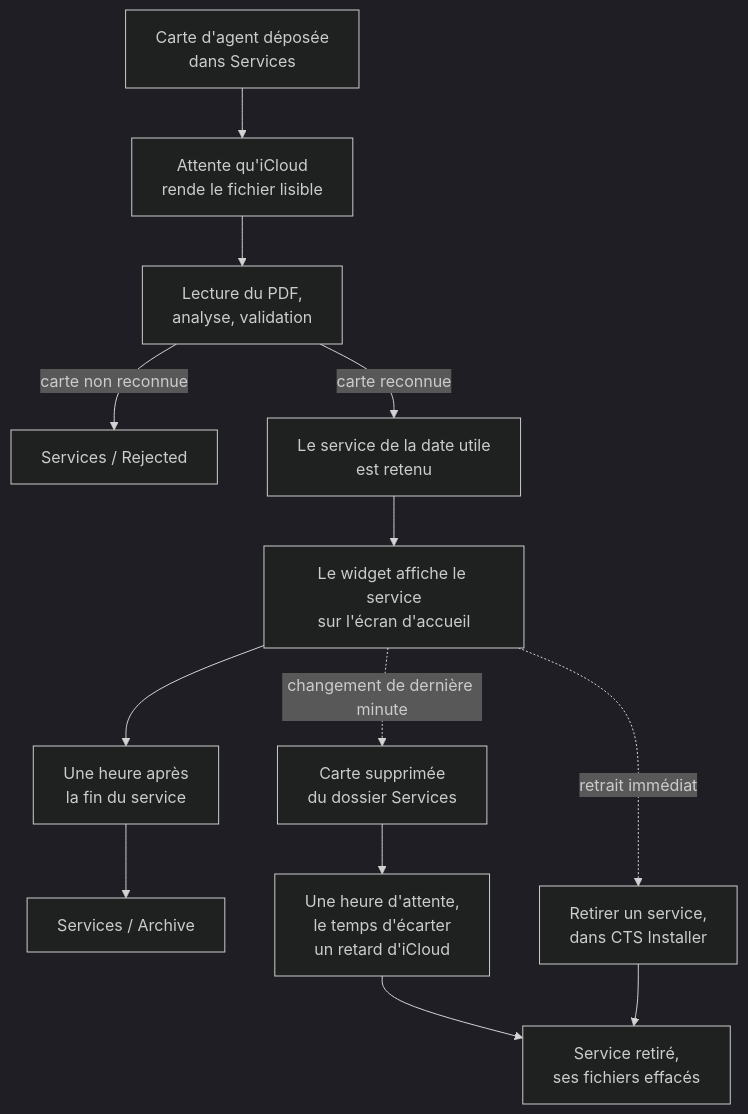
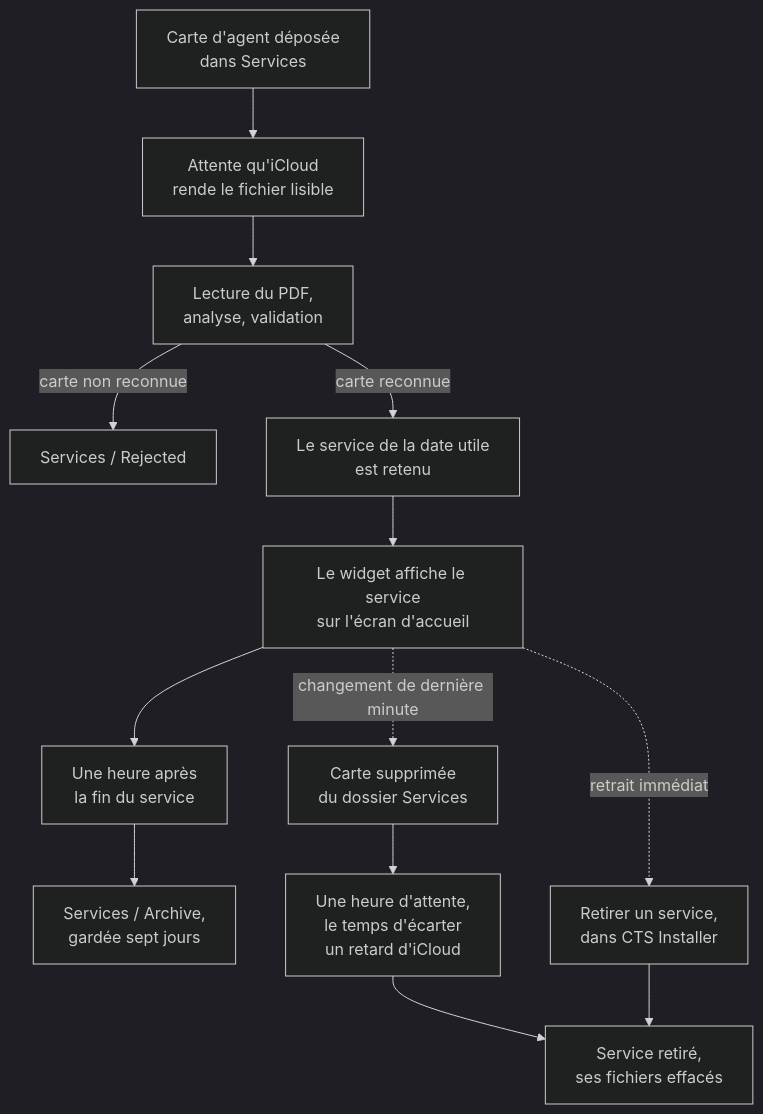
The first of 2 diagrams in README.md (LASCAMPIA67/CTS-Dashboard), drawn with Mermaid (dark theme) before and after one commit. The commit also changed other lines of this file and 10 other files, not shown here.

````diff
--- a/README.md
+++ b/README.md
@@ -100,16 +149,16 @@
 ```mermaid
 flowchart TD
     DEP["Carte d'agent déposée<br/>dans Services"] --> SYNC["Attente qu'iCloud<br/>rende le fichier lisible"]
     SYNC --> LEC["Lecture du PDF,<br/>analyse, validation"]
     LEC -->|carte non reconnue| REJ["Services / Rejected"]
     LEC -->|carte reconnue| SEL["Le service de la date utile<br/>est retenu"]
     SEL --> AFF["Le widget affiche le service<br/>sur l'écran d'accueil"]
     AFF --> FIN["Une heure après<br/>la fin du service"]
-    FIN --> ARC["Services / Archive"]
+    FIN --> ARC["Services / Archive,<br/>gardée sept jours"]
 
     AFF -.->|changement de dernière minute| SUP["Carte supprimée<br/>du dossier Services"]
     SUP --> ATT["Une heure d'attente,<br/>le temps d'écarter<br/>un retard d'iCloud"]
     ATT --> RET["Service retiré,<br/>ses fichiers effacés"]
     AFF -.->|retrait immédiat| INS["Retirer un service,<br/>dans CTS Installer"]
     INS --> RET
 ```
````
